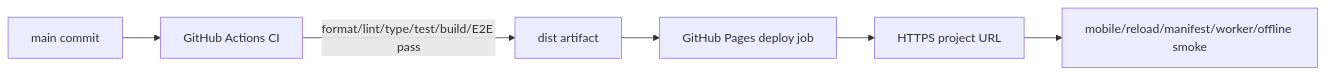
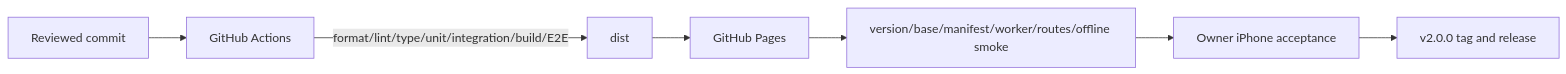
One commit to shushengritian/LifeIndex changed the fifth of 5 diagrams in docs/architecture/HLD.md. Above: the diagram before and after it, drawn with Mermaid. The commit also changed other lines of this file and 11 other files, not shown here.

Commit message:
docs: freeze V2 product and architecture

````diff
--- a/docs/architecture/HLD.md
+++ b/docs/architecture/HLD.md
@@ -228,8 +227,9 @@
 ```mermaid
 flowchart LR
-    Commit[main commit] --> CI[GitHub Actions CI]
-    CI -->|format/lint/type/test/build/E2E pass| Artifact[dist artifact]
-    Artifact --> Deploy[GitHub Pages deploy job]
-    Deploy --> Live[HTTPS project URL]
-    Live --> Smoke[mobile/reload/manifest/worker/offline smoke]
+    Commit[Reviewed commit] --> CI[GitHub Actions]
+    CI -->|format/lint/type/unit/integration/build/E2E| Artifact[dist]
+    Artifact --> Pages[GitHub Pages]
+    Pages --> Smoke[version/base/manifest/worker/routes/offline smoke]
+    Smoke --> Phone[Owner iPhone acceptance]
+    Phone --> Release[v2.0.0 tag and release]
 ```
````
